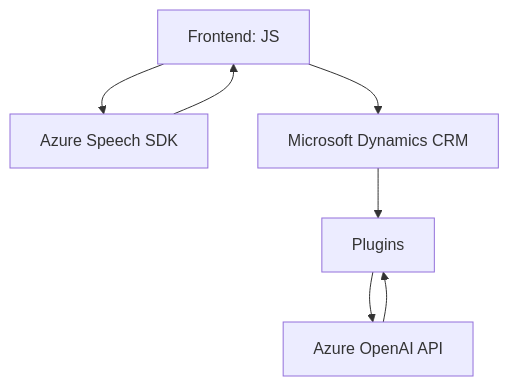
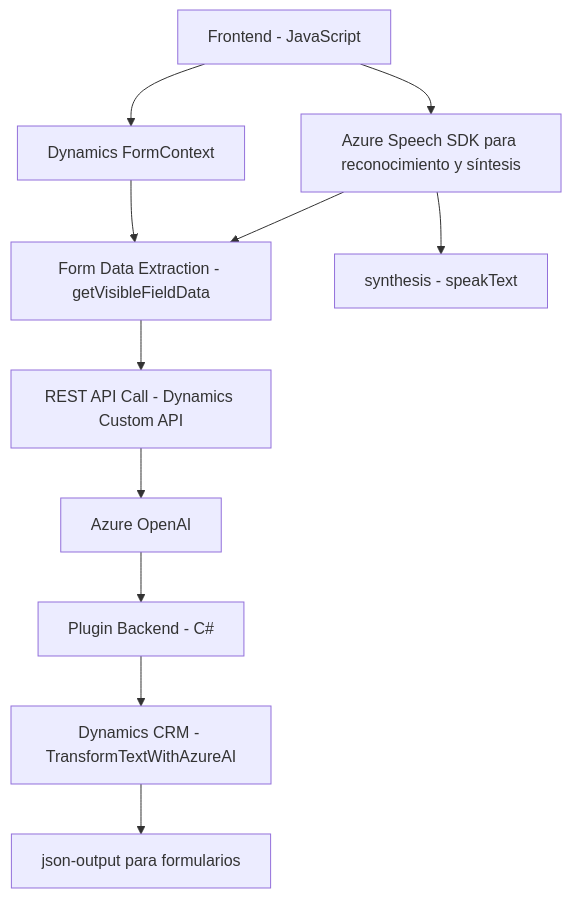
Before and after one commit to blopezdm/NETCORE_BILBAO2025: the diagram in README.md, drawn with Mermaid. The commit also changed other lines of this file, not shown here.

````diff
--- a/README.md
+++ b/README.md
@@ -40,15 +57,15 @@
 ```mermaid
 graph TD
-  A["Frontend: JS"]
-  B["Azure Speech SDK"]
-  C["Azure OpenAI API"]
-  D["Microsoft Dynamics CRM"]
-  E["Plugins"]
-  
-  A --> B
-  B --> A
-  A --> D
-  D --> E
-  E --> C
-  C --> E
+    A["Frontend - JavaScript"] --> B["Azure Speech SDK para reconocimiento y síntesis"]
+    A --> C["Dynamics FormContext"]
+    C --> D["Form Data Extraction - getVisibleFieldData"]
+    B --> D
+    B --> E["synthesis - speakText"]
+
+    D --> F["REST API Call - Dynamics Custom API"]
+    F --> G["Azure OpenAI"]
+
+    G --> H["Plugin Backend - C#"]
+    H --> I["Dynamics CRM - TransformTextWithAzureAI"]
+    I --> J["json-output para formularios"]
 ```
````
